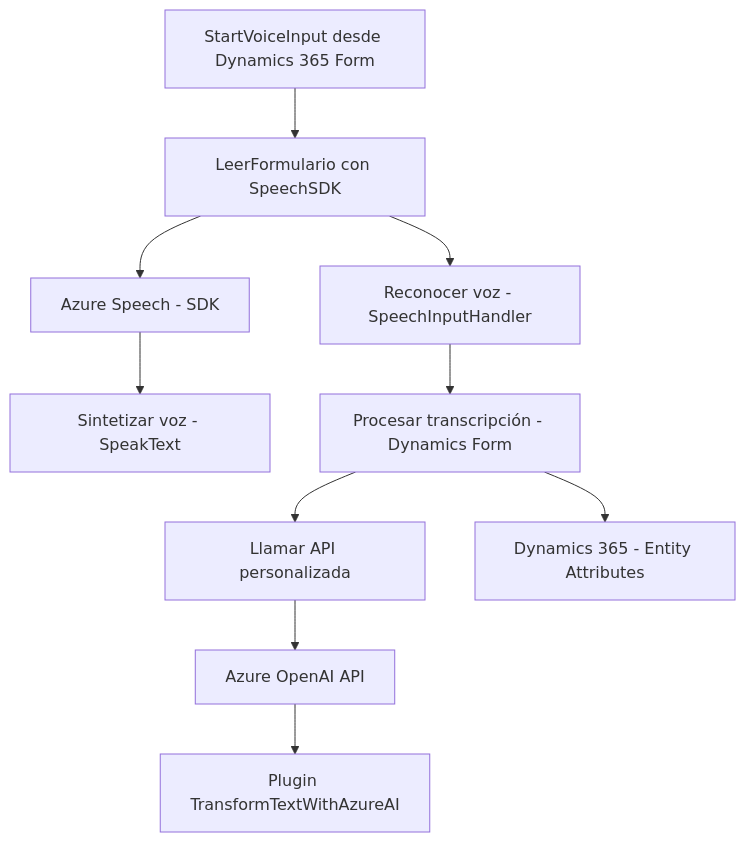
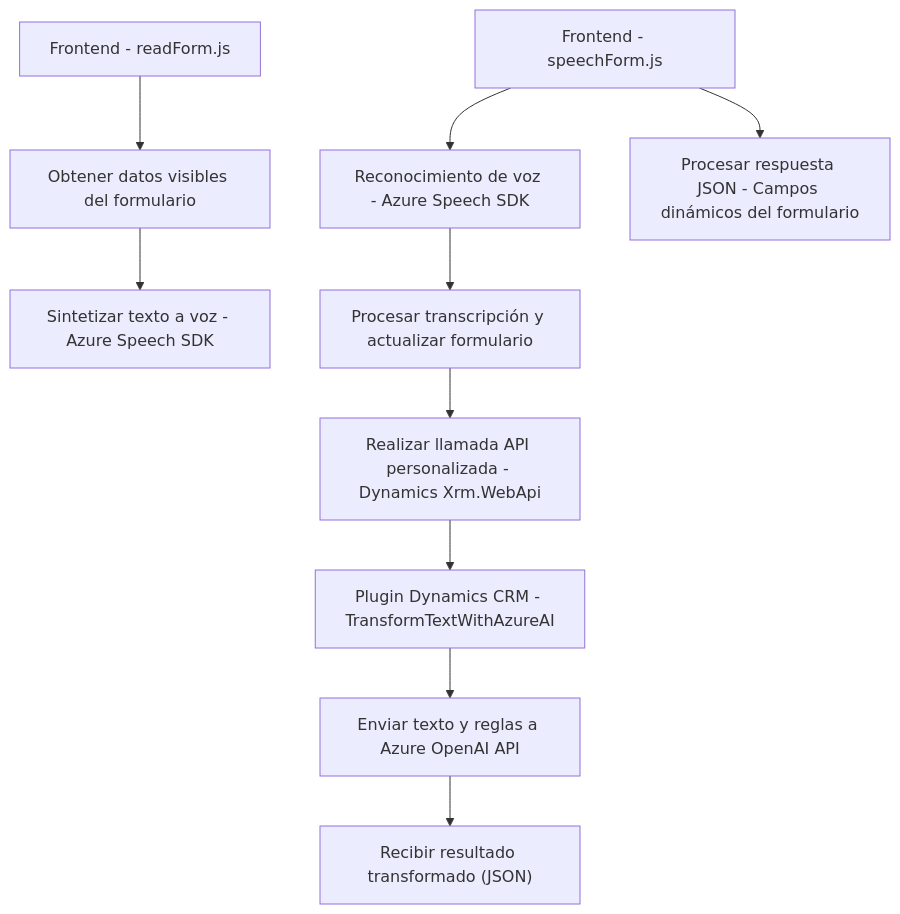
One commit to blopezdm/NETCORE_BILBAO2025 changed the diagram in README.md. Above: the diagram before and after it, drawn with Mermaid. The commit also changed other lines of this file, not shown here.

Commit message:
Actualizar análisis global de la solución con IA

````diff
--- a/README.md
+++ b/README.md
@@ -52,23 +50,12 @@
 ```mermaid
 graph TD
-    Start["StartVoiceInput desde Dynamics 365 Form"]
-    A["LeerFormulario con SpeechSDK"]
-    B["Azure Speech - SDK"]
-    C["Sintetizar voz - SpeakText"]
-    D["Reconocer voz - SpeechInputHandler"]
-    E["Procesar transcripción - Dynamics Form"]
-    F["Llamar API personalizada"]
-    G["Azure OpenAI API"]
-    H["Plugin TransformTextWithAzureAI"]
-    I["Dynamics 365 - Entity Attributes"]
-    
-    Start --> A
-    A --> B
-    B --> C
-    A --> D
-    D --> E
-    E --> F
-    F --> G
-    G --> H
-    E --> I
+    A["Frontend - readForm.js"] --> B["Obtener datos visibles del formulario"]
+    B --> C["Sintetizar texto a voz - Azure Speech SDK"]
+    D["Frontend - speechForm.js"] --> E["Reconocimiento de voz - Azure Speech SDK"]
+    E --> F["Procesar transcripción y actualizar formulario"]
+    F --> G["Realizar llamada API personalizada - Dynamics Xrm.WebApi"]
+    G --> H["Plugin Dynamics CRM - TransformTextWithAzureAI"]
+    H --> I["Enviar texto y reglas a Azure OpenAI API"]
+    I --> J["Recibir resultado transformado (JSON)"]
+    D --> K["Procesar respuesta JSON - Campos dinámicos del formulario"]
 ```
````
